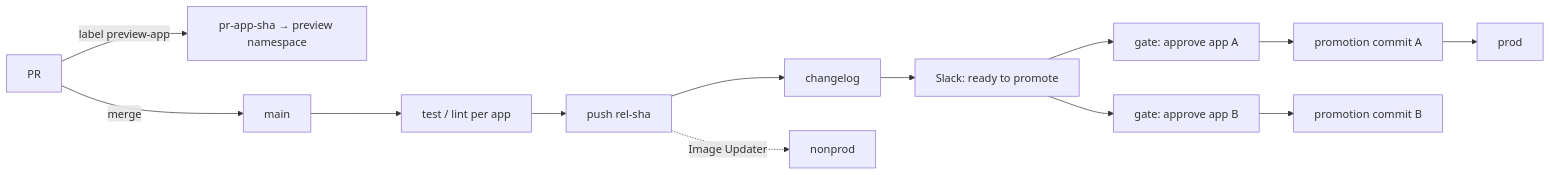
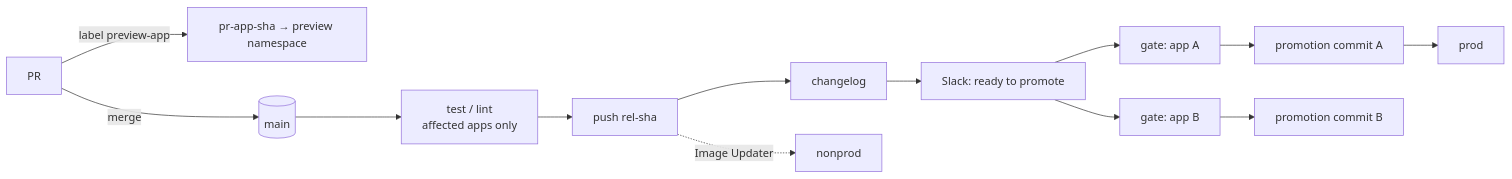
One commit to leoenes/platform-blueprint changed the first of 5 diagrams in docs/05-trunk-based-delivery.md. Above: the diagram before and after it, drawn with Mermaid. The commit also changed other lines of this file and 32 other files, not shown here.

Commit message:
docs: MkDocs Material site with diagrams, split Makefile into .make/, grouped workflows, CI checks and badges

````diff
--- a/docs/05-trunk-based-delivery.md
+++ b/docs/05-trunk-based-delivery.md
@@ -8,15 +8,15 @@
 ```mermaid
 flowchart LR
   PR[PR] -->|label preview-app| PV[pr-app-sha → preview namespace]
-  PR -->|merge| M[main]
-  M --> T[test / lint per app]
+  PR -->|merge| M[(main)]
+  M --> T[test / lint<br/>affected apps only]
   T --> P[push rel-sha]
   P --> C[changelog]
   C --> N[Slack: ready to promote]
-  N --> B1[gate: approve app A]
-  N --> B2[gate: approve app B]
+  N --> B1[gate: app A]
+  N --> B2[gate: app B]
   B1 --> PA[promotion commit A]
   B2 --> PB[promotion commit B]
   P -.->|Image Updater| NP[nonprod]
   PA --> PD[prod]
 ```
````
